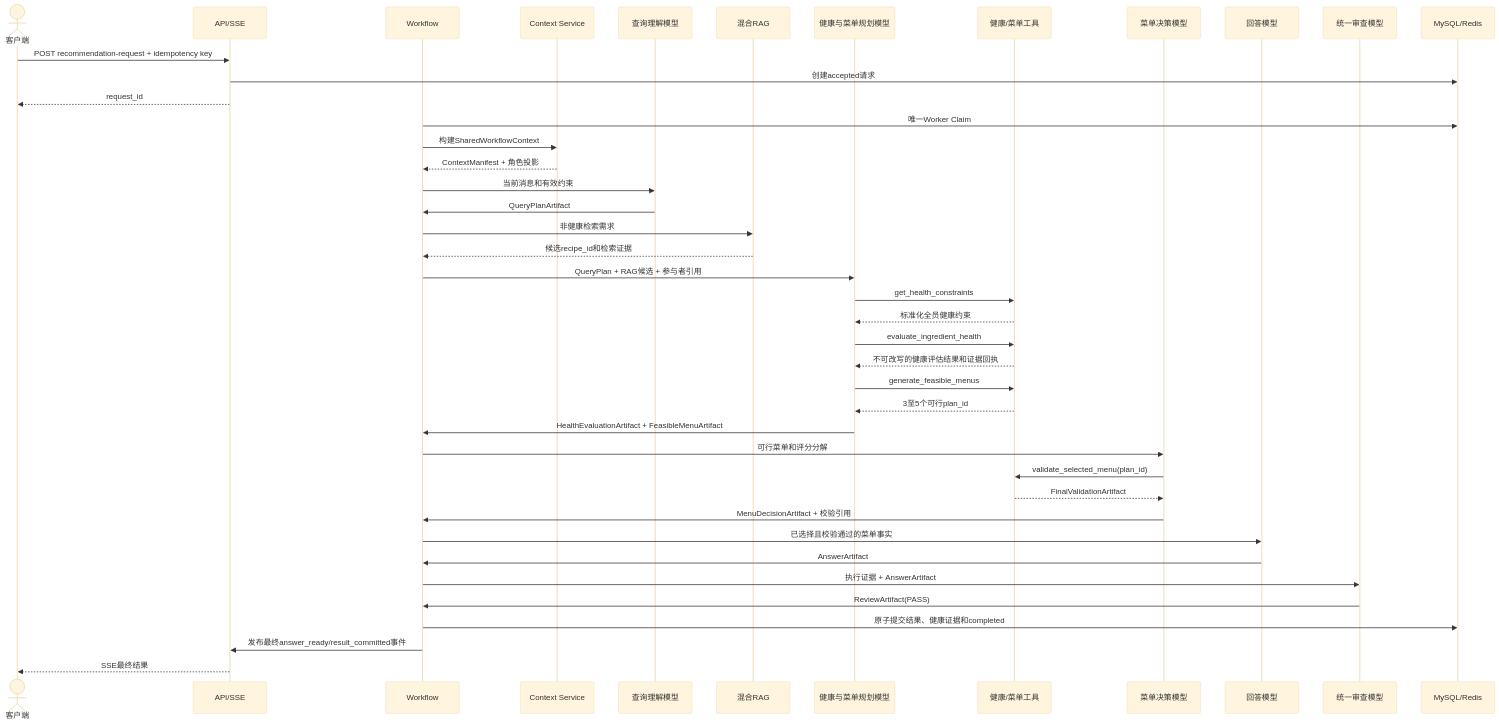
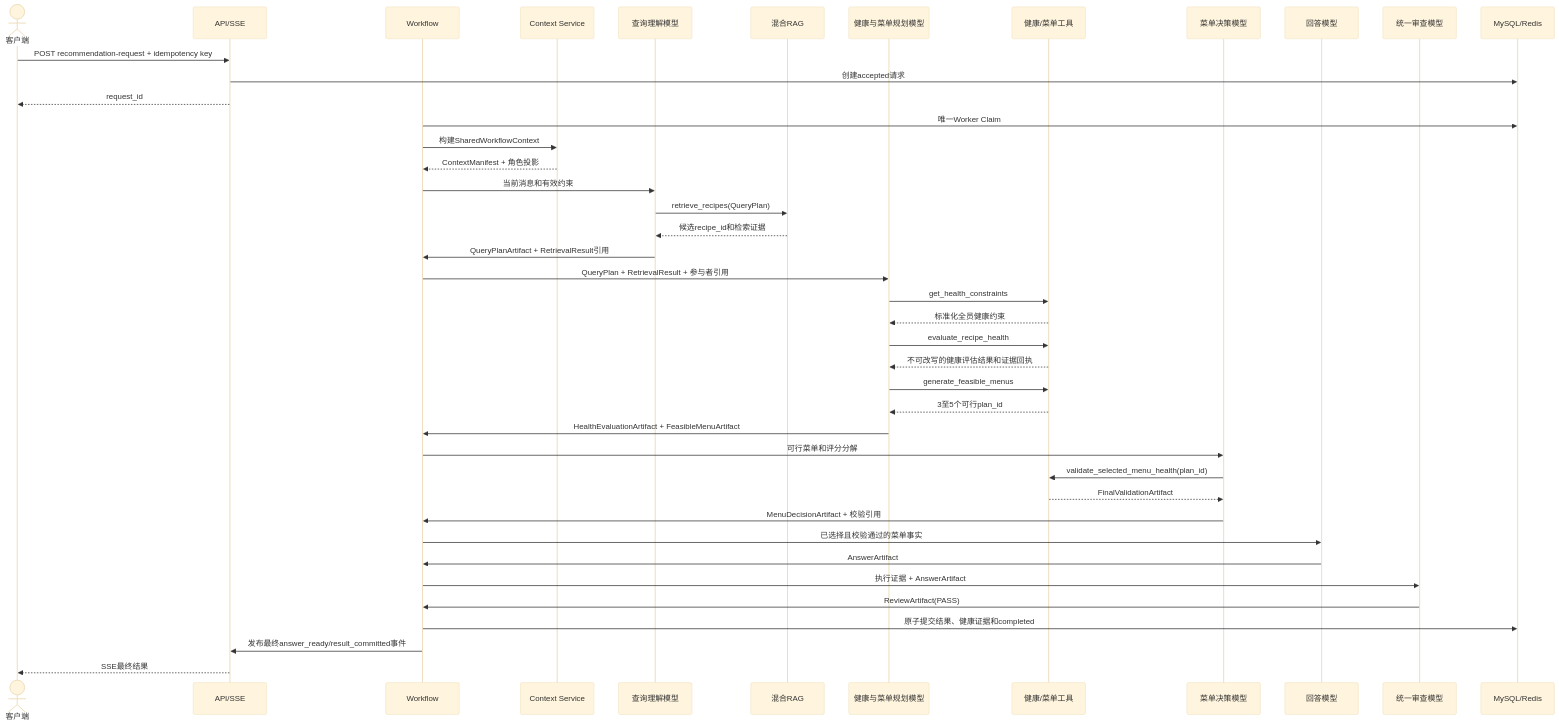
Before and after one commit to 819-Aa/FangTai: the second of 3 diagrams in docs/scenarios/recommendation-lifecycle.md, drawn with Mermaid (base theme). The commit also changed other lines of this file and 11 other files, not shown here.

````diff
--- a/docs/scenarios/recommendation-lifecycle.md
+++ b/docs/scenarios/recommendation-lifecycle.md
@@ -37,45 +37,45 @@
 ```mermaid
 sequenceDiagram
     actor Client as 客户端
     participant API as API/SSE
     participant WF as Workflow
     participant CTX as Context Service
     participant Q as 查询理解模型
     participant RAG as 混合RAG
     participant HP as 健康与菜单规划模型
     participant HT as 健康/菜单工具
     participant MD as 菜单决策模型
     participant ANS as 回答模型
     participant REV as 统一审查模型
     participant DB as MySQL/Redis
 
     Client->>API: POST recommendation-request + idempotency key
     API->>DB: 创建accepted请求
     API-->>Client: request_id
     WF->>DB: 唯一Worker Claim
     WF->>CTX: 构建SharedWorkflowContext
     CTX-->>WF: ContextManifest + 角色投影
     WF->>Q: 当前消息和有效约束
-    Q->>WF: QueryPlanArtifact
-    WF->>RAG: 非健康检索需求
-    RAG-->>WF: 候选recipe_id和检索证据
-    WF->>HP: QueryPlan + RAG候选 + 参与者引用
+    Q->>RAG: retrieve_recipes(QueryPlan)
+    RAG-->>Q: 候选recipe_id和检索证据
+    Q->>WF: QueryPlanArtifact + RetrievalResult引用
+    WF->>HP: QueryPlan + RetrievalResult + 参与者引用
     HP->>HT: get_health_constraints
     HT-->>HP: 标准化全员健康约束
-    HP->>HT: evaluate_ingredient_health
+    HP->>HT: evaluate_recipe_health
     HT-->>HP: 不可改写的健康评估结果和证据回执
     HP->>HT: generate_feasible_menus
     HT-->>HP: 3至5个可行plan_id
     HP->>WF: HealthEvaluationArtifact + FeasibleMenuArtifact
     WF->>MD: 可行菜单和评分分解
-    MD->>HT: validate_selected_menu(plan_id)
+    MD->>HT: validate_selected_menu_health(plan_id)
     HT-->>MD: FinalValidationArtifact
     MD->>WF: MenuDecisionArtifact + 校验引用
     WF->>ANS: 已选择且校验通过的菜单事实
     ANS->>WF: AnswerArtifact
     WF->>REV: 执行证据 + AnswerArtifact
     REV->>WF: ReviewArtifact(PASS)
     WF->>DB: 原子提交结果、健康证据和completed
     WF->>API: 发布最终answer_ready/result_committed事件
     API-->>Client: SSE最终结果
 ```
````
